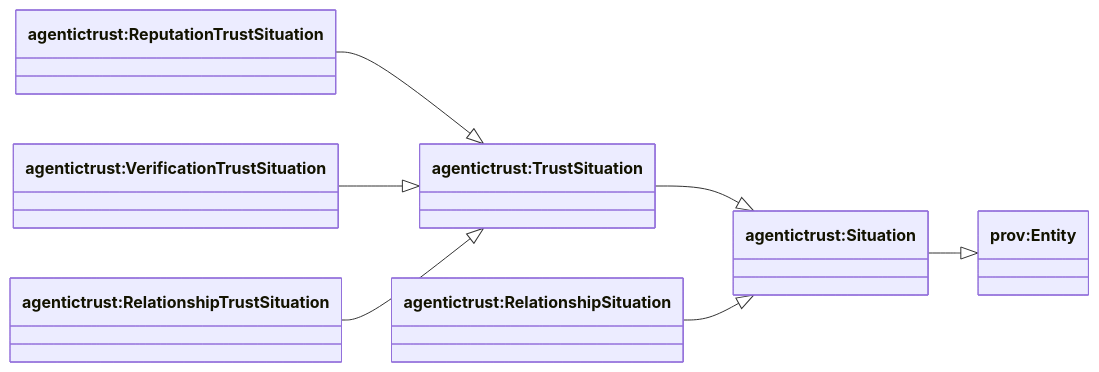
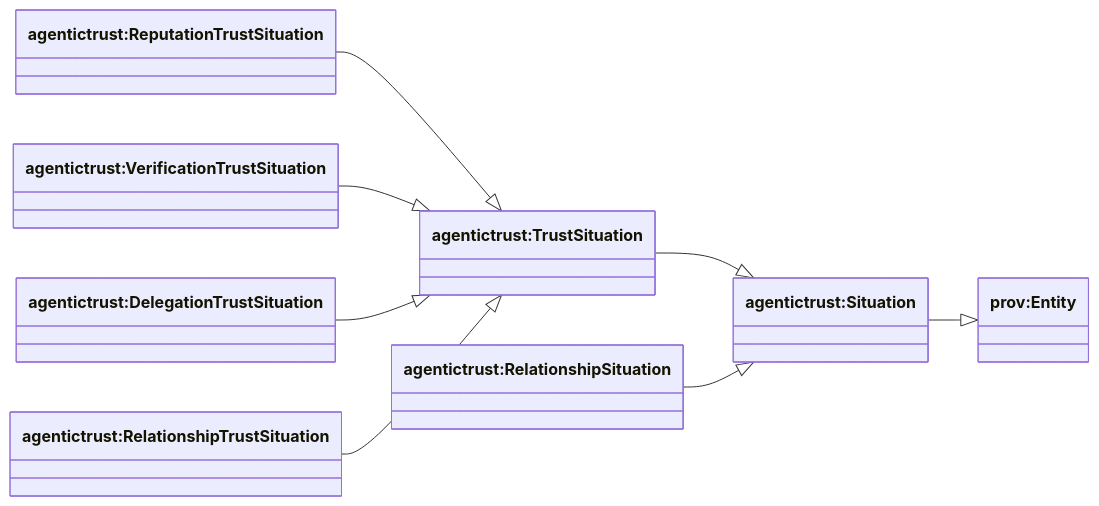
The first of 9 diagrams in docs/ontology/situation.md (Agentic-Trust-Layer/agent-explorer), drawn with Mermaid before and after one commit. The commit also changed other lines of this file and 3 other files, not shown here.

Commit message:
add DelegationTrustAssertion to models and wasAuthorizedByDelegation

````diff
--- a/docs/ontology/situation.md
+++ b/docs/ontology/situation.md
@@ -13,19 +13,21 @@
 ```mermaid
 classDiagram
 direction LR
 
 class provEntity["prov:Entity"]
 class Situation["agentictrust:Situation"]
 class TrustSituation["agentictrust:TrustSituation"]
 class ReputationTrustSituation["agentictrust:ReputationTrustSituation"]
 class VerificationTrustSituation["agentictrust:VerificationTrustSituation"]
+class DelegationTrustSituation["agentictrust:DelegationTrustSituation"]
 class RelationshipSituation["agentictrust:RelationshipSituation"]
 class RelationshipTrustSituation["agentictrust:RelationshipTrustSituation"]
 
 Situation --|> provEntity
 TrustSituation --|> Situation
 ReputationTrustSituation --|> TrustSituation
 VerificationTrustSituation --|> TrustSituation
+DelegationTrustSituation --|> TrustSituation
 RelationshipSituation --|> Situation
 RelationshipTrustSituation --|> TrustSituation
 ```
````
